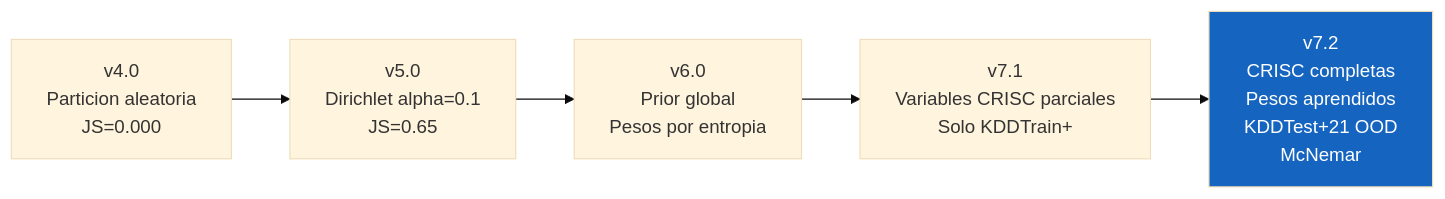
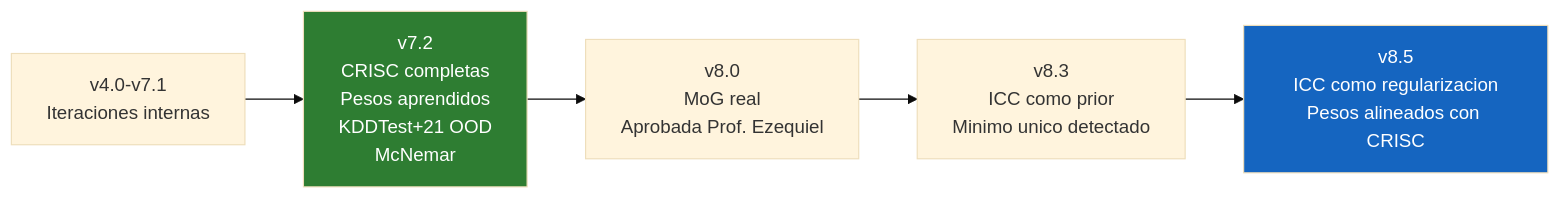
One commit to eoherrera/NB_Federado_Ejercicio_Doctoral_UMA changed the first of 2 diagrams in README.md. Above: the diagram before and after it, drawn with Mermaid (base theme). The commit also changed other lines of this file and 1 other file, not shown here.

````diff
--- a/README.md
+++ b/README.md
@@ -24,8 +26,9 @@
 ```mermaid
 graph LR
-    A[v4.0<br/>Particion aleatoria<br/>JS=0.000] --> B[v5.0<br/>Dirichlet alpha=0.1<br/>JS=0.65]
-    B --> C[v6.0<br/>Prior global<br/>Pesos por entropia]
-    C --> D[v7.1<br/>Variables CRISC parciales<br/>Solo KDDTrain+]
-    D --> E[v7.2<br/>CRISC completas<br/>Pesos aprendidos<br/>KDDTest+21 OOD<br/>McNemar]
+    A[v4.0-v7.1<br/>Iteraciones internas] --> B[v7.2<br/>CRISC completas<br/>Pesos aprendidos<br/>KDDTest+21 OOD<br/>McNemar]
+    B --> C[v8.0<br/>MoG real<br/>Aprobada Prof. Ezequiel]
+    C --> D[v8.3<br/>ICC como prior<br/>Minimo unico detectado]
+    D --> E[v8.5<br/>ICC como regularizacion<br/>Pesos alineados con CRISC]
     style E fill:#1565C0,color:#fff
+    style B fill:#2E7D32,color:#fff
 ```
````
